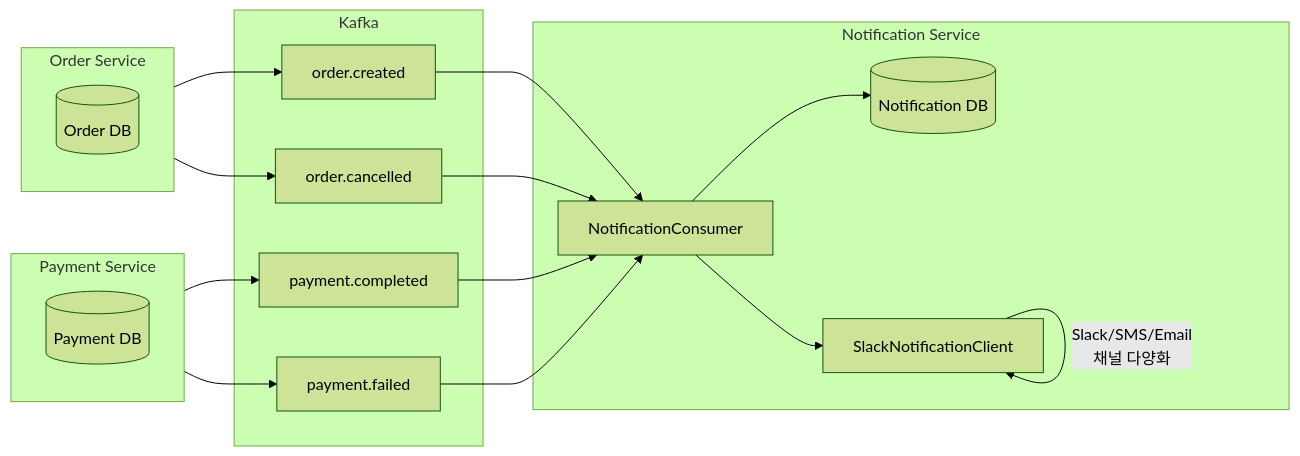
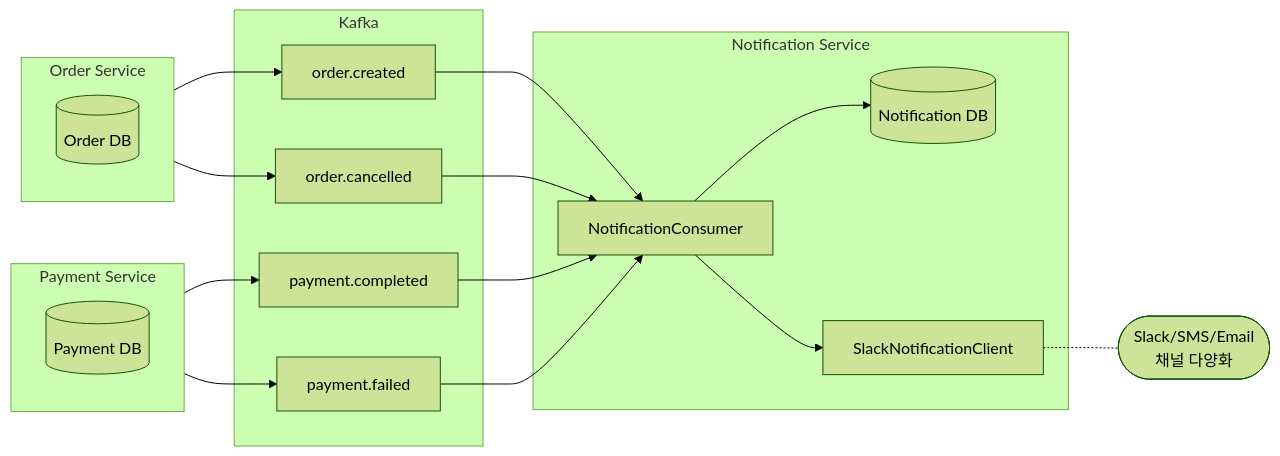
The third of 3 diagrams in src/content/blog/peekcart-06-notification-failure-isolation.md (Kimgyuilli/blog), drawn with Mermaid (forest theme) before and after one commit. The commit also changed other lines of this file and 16 other files, not shown here.

````diff
--- a/src/content/blog/peekcart-06-notification-failure-isolation.md
+++ b/src/content/blog/peekcart-06-notification-failure-isolation.md
@@ -438,31 +443,32 @@
 ```mermaid
 flowchart LR
     subgraph Order["Order Service"]
         OrderDB[("Order DB")]
     end
     subgraph Payment["Payment Service"]
         PayDB[("Payment DB")]
     end
     subgraph Notif["Notification Service"]
         NotifDB[("Notification DB")]
         NC["NotificationConsumer"]
         SNC["SlackNotificationClient"]
     end
     subgraph Kafka
         OC["order.created"]
         OCC["order.cancelled"]
         PC["payment.completed"]
         PF["payment.failed"]
     end
     Order --> OC
     Order --> OCC
     Payment --> PC
     Payment --> PF
     OC --> NC
     OCC --> NC
     PC --> NC
     PF --> NC
     NC --> NotifDB
     NC --> SNC
-    SNC -->|"Slack/SMS/Email<br/>채널 다양화"| SNC
+    ChannelNote(["Slack/SMS/Email<br/>채널 다양화"])
+    SNC -.- ChannelNote
 ```
````
